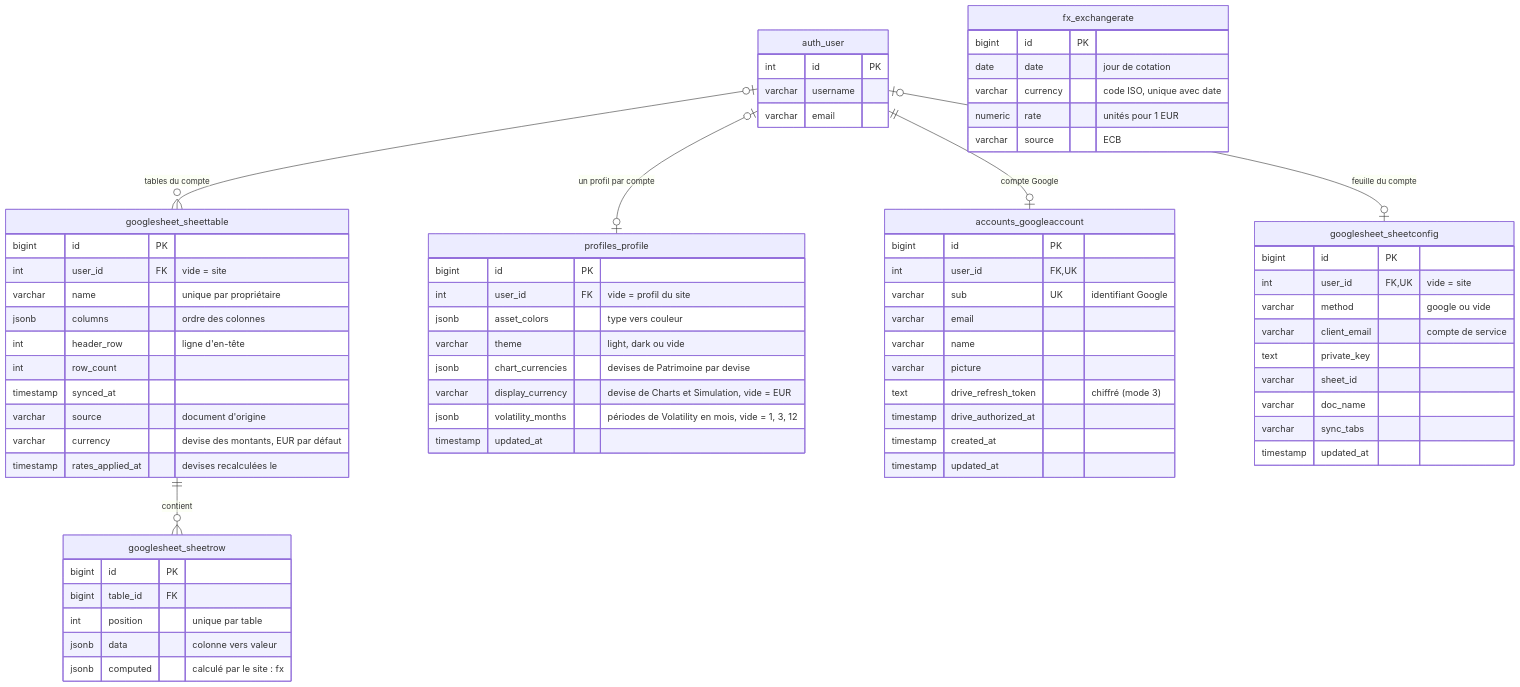
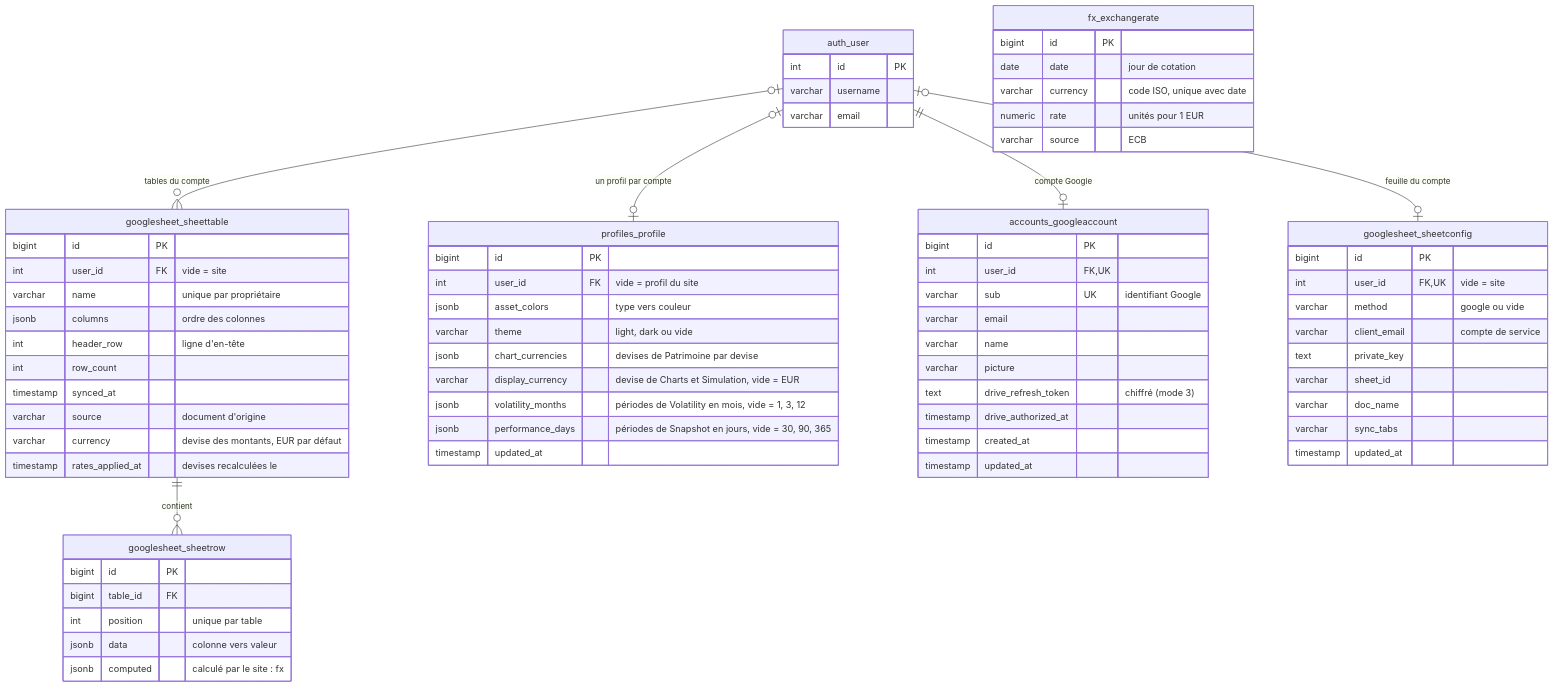
The diagram in README.md (Sleaum/vibe_overfolio), drawn with Mermaid before and after one commit. The commit also changed other lines of this file and 23 other files, not shown here.

First line of the commit message:
Snapshot : variation des prix par sous-type (stock, bitcoin, gold, ETF par instrument), périodes en jours

````diff
--- a/README.md
+++ b/README.md
@@ -505,72 +506,73 @@
 ```mermaid
 erDiagram
   googlesheet_sheettable ||--o{ googlesheet_sheetrow : "contient"
   auth_user |o--o| profiles_profile : "un profil par compte"
   auth_user ||--o| accounts_googleaccount : "compte Google"
   auth_user |o--o{ googlesheet_sheettable : "tables du compte"
   auth_user |o--o| googlesheet_sheetconfig : "feuille du compte"
   googlesheet_sheettable {
     bigint id PK
     int user_id FK "vide = site"
     varchar name "unique par propriétaire"
     jsonb columns "ordre des colonnes"
     int header_row "ligne d'en-tête"
     int row_count
     timestamp synced_at
     varchar source "document d'origine"
     varchar currency "devise des montants, EUR par défaut"
     timestamp rates_applied_at "devises recalculées le"
   }
   googlesheet_sheetrow {
     bigint id PK
     bigint table_id FK
     int position "unique par table"
     jsonb data "colonne vers valeur"
     jsonb computed "calculé par le site : fx"
   }
   googlesheet_sheetconfig {
     bigint id PK
     int user_id FK, UK "vide = site"
     varchar method "google ou vide"
     varchar client_email "compte de service"
     text private_key
     varchar sheet_id
     varchar doc_name
     varchar sync_tabs
     timestamp updated_at
   }
   profiles_profile {
     bigint id PK
     int user_id FK "vide = profil du site"
     jsonb asset_colors "type vers couleur"
     varchar theme "light, dark ou vide"
     jsonb chart_currencies "devises de Patrimoine par devise"
     varchar display_currency "devise de Charts et Simulation, vide = EUR"
     jsonb volatility_months "périodes de Volatility en mois, vide = 1, 3, 12"
+    jsonb performance_days "périodes de Snapshot en jours, vide = 30, 90, 365"
     timestamp updated_at
   }
   accounts_googleaccount {
     bigint id PK
     int user_id FK, UK
     varchar sub UK "identifiant Google"
     varchar email
     varchar name
     varchar picture
     text drive_refresh_token "chiffré (mode 3)"
     timestamp drive_authorized_at
     timestamp created_at
     timestamp updated_at
   }
   fx_exchangerate {
     bigint id PK
     date date "jour de cotation"
     varchar currency "code ISO, unique avec date"
     numeric rate "unités pour 1 EUR"
     varchar source "ECB"
   }
   auth_user {
     int id PK
     varchar username
     varchar email
   }
 ```
````
